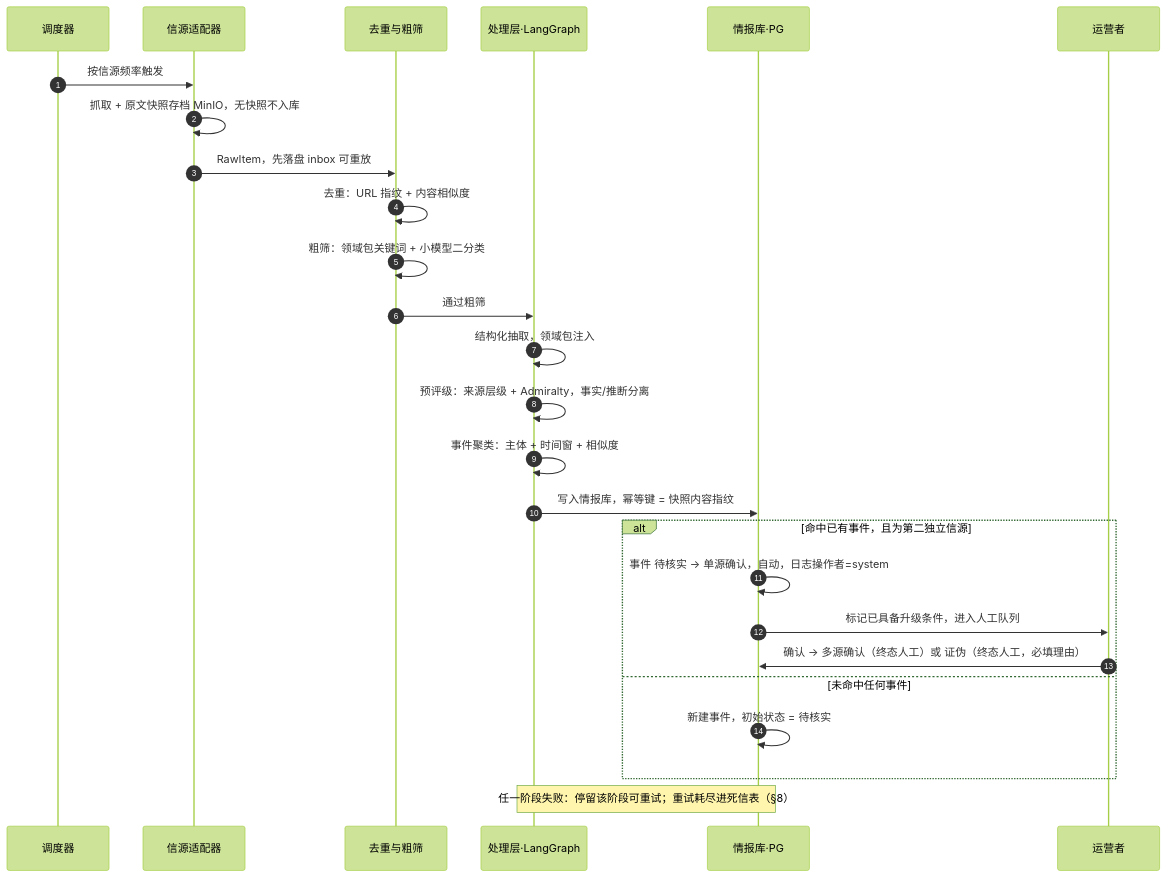
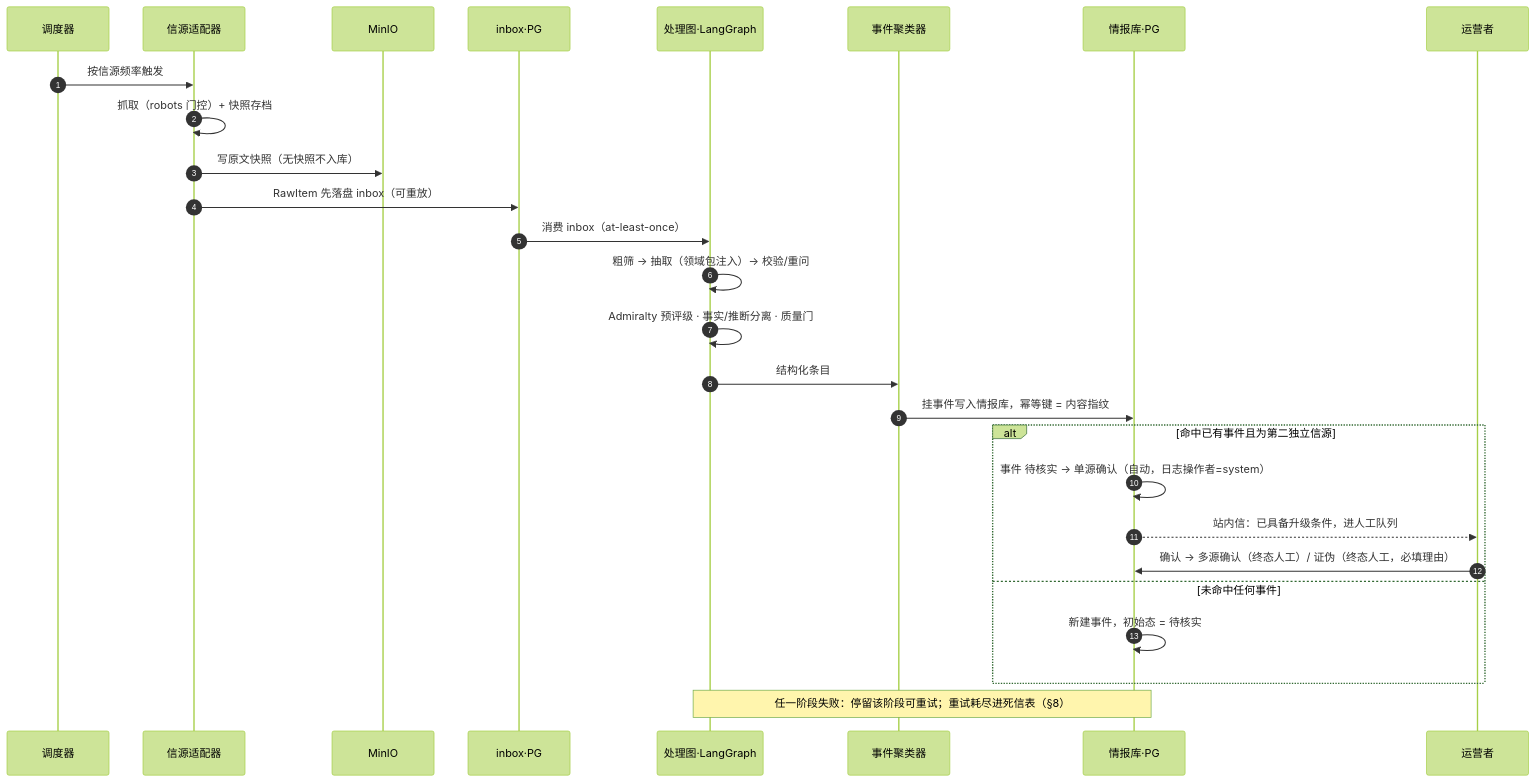
Before and after one commit to leoricmaster/pih: the fourth of 10 diagrams in backlog/docs/doc-002 - 架构设计-Architecture.md, drawn with Mermaid (forest theme). The commit also changed other lines of this file and 5 other files, not shown here.

````diff
--- a/backlog/docs/doc-002 - 架构设计-Architecture.md
+++ b/backlog/docs/doc-002 - 架构设计-Architecture.md
@@ -167,28 +186,29 @@
 ```mermaid
 sequenceDiagram
     autonumber
     participant S as 调度器
     participant A as 信源适配器
-    participant F as 去重与粗筛
-    participant P as 处理层·LangGraph
+    participant M as MinIO
+    participant I as inbox·PG
+    participant P as 处理图·LangGraph
+    participant C as 事件聚类器
     participant DB as 情报库·PG
     participant O as 运营者
     S->>A: 按信源频率触发
-    A->>A: 抓取 + 原文快照存档 MinIO，无快照不入库
-    A->>F: RawItem，先落盘 inbox 可重放
-    F->>F: 去重：URL 指纹 + 内容相似度
-    F->>F: 粗筛：领域包关键词 + 小模型二分类
-    F->>P: 通过粗筛
-    P->>P: 结构化抽取，领域包注入
-    P->>P: 预评级：来源层级 + Admiralty，事实/推断分离
-    P->>P: 事件聚类：主体 + 时间窗 + 相似度
-    P->>DB: 写入情报库，幂等键 = 快照内容指纹
-    alt 命中已有事件，且为第二独立信源
-        DB->>DB: 事件 待核实 → 单源确认，自动，日志操作者=system
-        DB->>O: 标记已具备升级条件，进入人工队列
-        O->>DB: 确认 → 多源确认（终态人工）或 证伪（终态人工，必填理由）
+    A->>A: 抓取（robots 门控）+ 快照存档
+    A->>M: 写原文快照（无快照不入库）
+    A->>I: RawItem 先落盘 inbox（可重放）
+    I->>P: 消费 inbox（at-least-once）
+    P->>P: 粗筛 → 抽取（领域包注入）→ 校验/重问
+    P->>P: Admiralty 预评级 · 事实/推断分离 · 质量门
+    P->>C: 结构化条目
+    C->>DB: 挂事件写入情报库，幂等键 = 内容指纹
+    alt 命中已有事件且为第二独立信源
+        DB->>DB: 事件 待核实 → 单源确认（自动，日志操作者=system）
+        DB-->>O: 站内信：已具备升级条件，进人工队列
+        O->>DB: 确认 → 多源确认（终态人工）/ 证伪（终态人工，必填理由）
     else 未命中任何事件
-        DB->>DB: 新建事件，初始状态 = 待核实
+        DB->>DB: 新建事件，初始态 = 待核实
     end
     Note over P,DB: 任一阶段失败：停留该阶段可重试；重试耗尽进死信表（§8）
 ```
````
